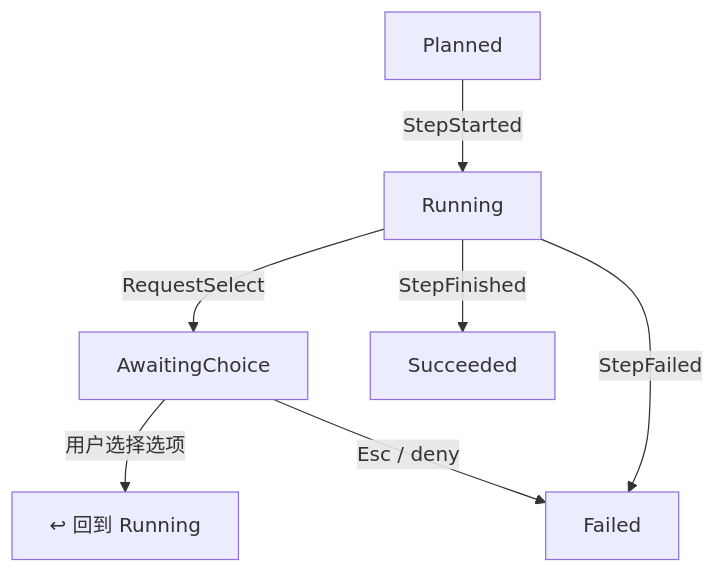
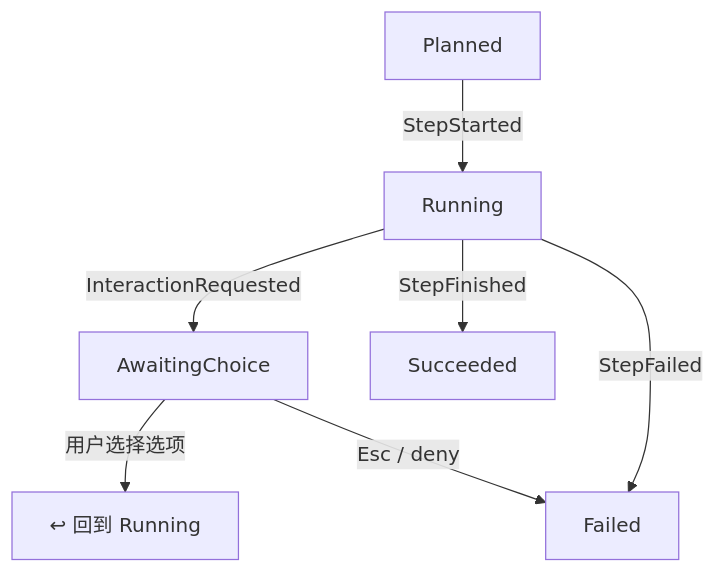
Before and after one commit to rust-infra/tact: the third of 9 diagrams in book/25_chapter_protocol_zh.md, drawn with Mermaid. The commit also changed other lines of this file and 8 other files, not shown here.

````diff
--- a/book/25_chapter_protocol_zh.md
+++ b/book/25_chapter_protocol_zh.md
@@ -141,9 +141,9 @@
 ```mermaid
 graph TD
     a_planned[Planned] -->|StepStarted| b_running[Running]
-    b_running -->|RequestSelect| c_await[AwaitingChoice]
+    b_running -->|InteractionRequested| c_await[AwaitingChoice]
     c_await -->|用户选择选项| z_running[↩ 回到 Running]
     c_await -->|Esc / deny| d_failed[Failed]
     b_running -->|StepFinished| e_succeeded[Succeeded]
     b_running -->|StepFailed| d_failed
 ```
````
